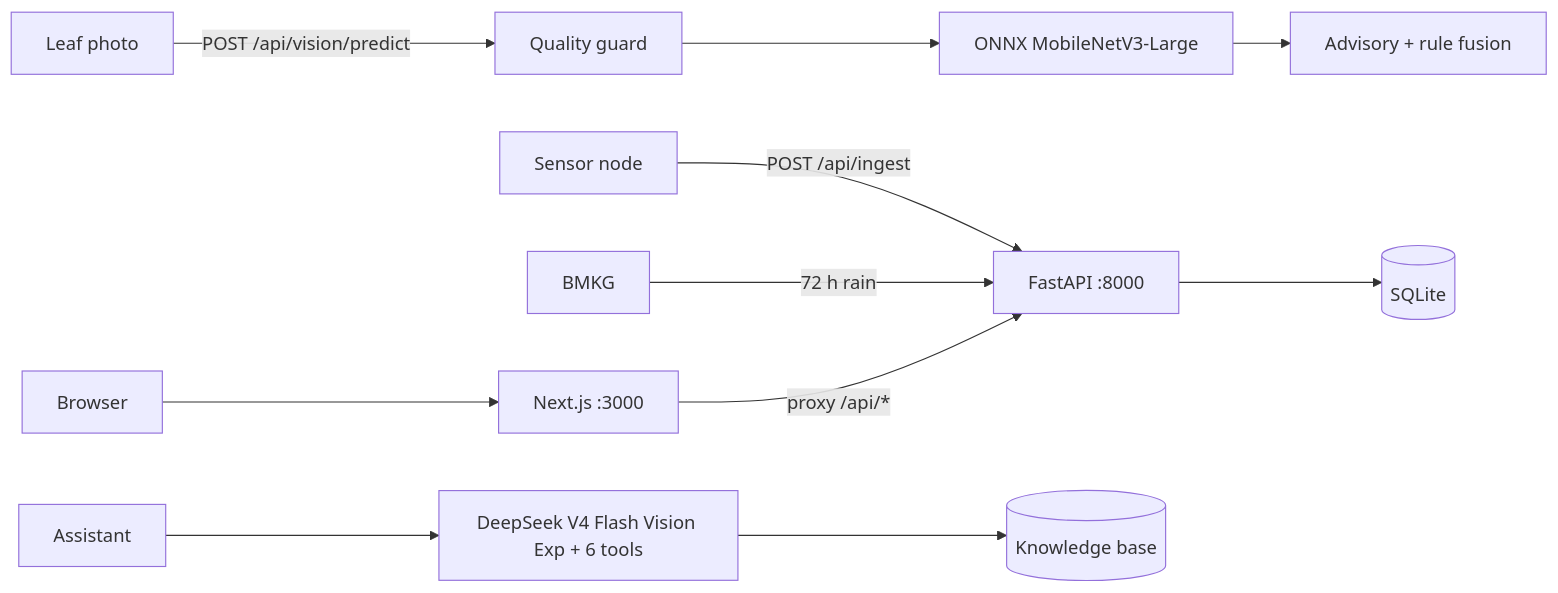
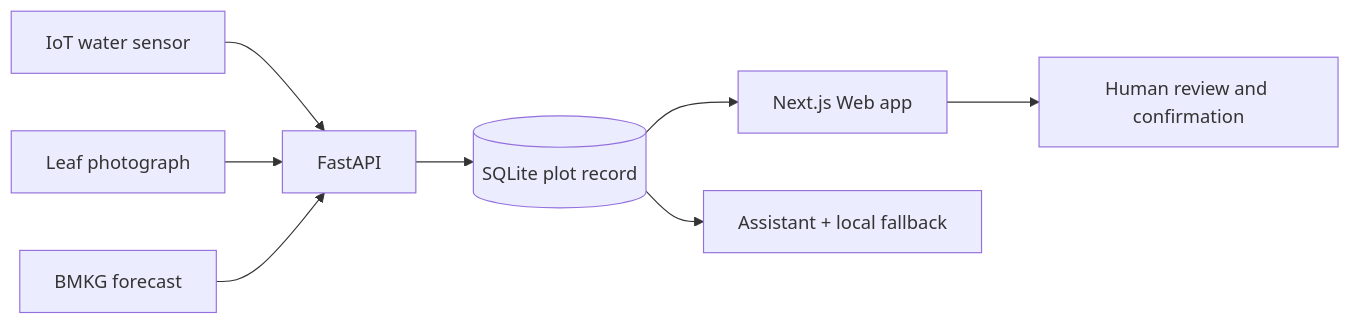
Before and after one commit to JoshCDev/iris: the diagram in README.md, drawn with Mermaid. The commit also changed other lines of this file and 3 other files, not shown here.

````diff
--- a/README.md
+++ b/README.md
@@ -19,13 +70,10 @@
 ```mermaid
 flowchart LR
-    SN[Sensor node] -->|POST /api/ingest| API[FastAPI :8000]
-    API --> DB[(SQLite)]
-    WX[BMKG] -->|72 h rain| API
-    FOTO[Leaf photo] -->|POST /api/vision/predict| GUARD[Quality guard]
-    GUARD --> ONNX[ONNX MobileNetV3-Large]
-    ONNX --> ADV[Advisory + rule fusion]
-    BR[Browser] --> WEB[Next.js :3000]
-    WEB -->|proxy /api/*| API
-    ASI[Assistant] --> DS[DeepSeek V4 Flash Vision Exp + 6 tools]
-    DS --> KB[(Knowledge base)]
+    S[IoT water sensor] --> API[FastAPI]
+    P[Leaf photograph] --> API
+    B[BMKG forecast] --> API
+    API --> D[(SQLite plot record)]
+    D --> W[Next.js Web app]
+    D --> A[Assistant + local fallback]
+    W --> H[Human review and confirmation]
 ```
````
